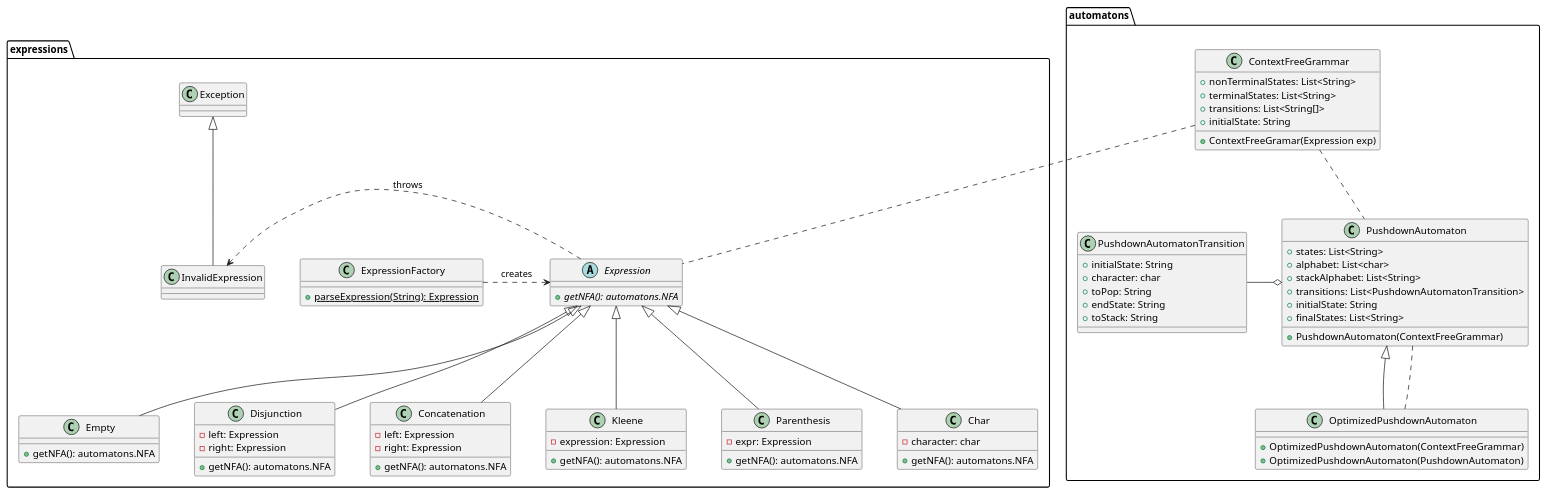
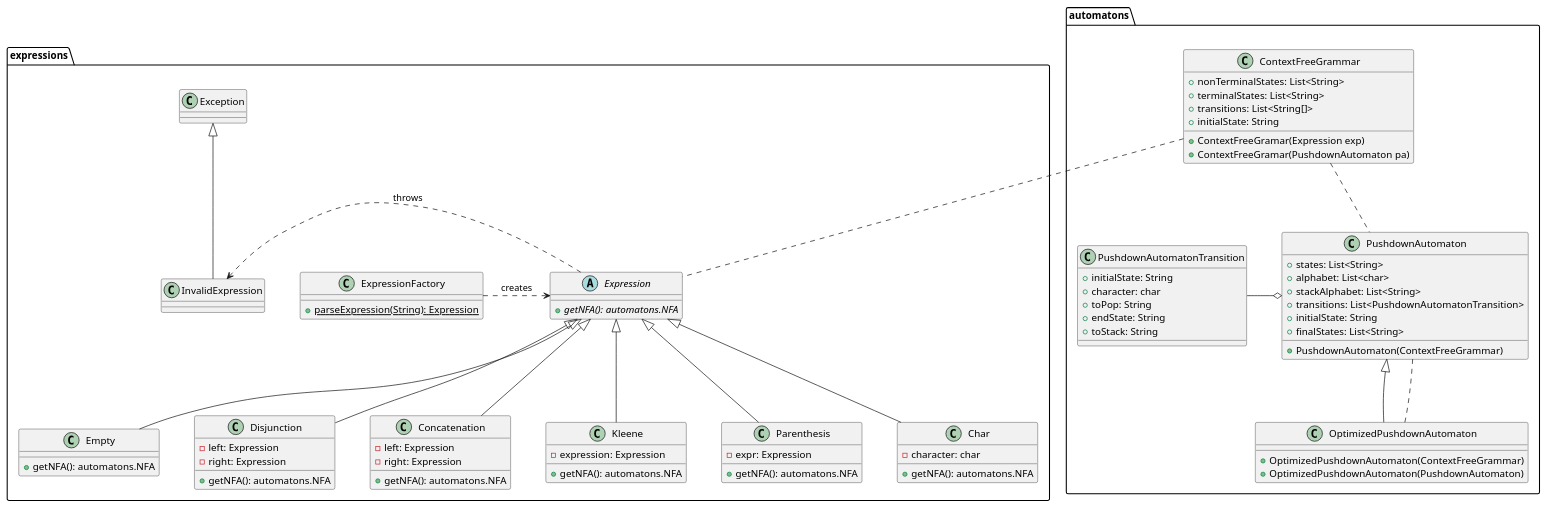
Before and after one commit to TheAssassin13/malf-cfg: the diagram in docs/diagram.puml, drawn with PlantUML. The commit also changed 2 other files, not shown here.

```diff
--- a/docs/diagram.puml
+++ b/docs/diagram.puml
@@ -1,97 +1,98 @@
 @startuml
 
 
 skinparam nodesep 50
 skinparam ranksep 80
 
 package automatons {
     class ContextFreeGrammar {
       +nonTerminalStates: List<String>
       +terminalStates: List<String>
       +transitions: List<String[]>
       +initialState: String
 
-      +ContextFreeGramar(Expression exp)   
+      +ContextFreeGramar(Expression exp)
+      +ContextFreeGramar(PushdownAutomaton pa)
     }
 
     class PushdownAutomatonTransition {
         +initialState: String
         +character: char
         +toPop: String
         +endState: String
         +toStack: String
 }
 
     class PushdownAutomaton {
 +states: List<String>
 +alphabet: List<char>
 +stackAlphabet: List<String>
 +transitions: List<PushdownAutomatonTransition>
 +initialState: String
 +finalStates: List<String>
 
 +PushdownAutomaton(ContextFreeGrammar)
     }
 
 
     class OptimizedPushdownAutomaton extends PushdownAutomaton {
 +OptimizedPushdownAutomaton(ContextFreeGrammar)
 +OptimizedPushdownAutomaton(PushdownAutomaton)
     }
 
 
 }
 
 package expressions {
     abstract class Expression {
         {Abstract} +getNFA(): automatons.NFA
     }
 
     class Char extends Expression {
         - character: char
         +getNFA(): automatons.NFA
     }
 
     class Empty extends Expression {
         +getNFA(): automatons.NFA
     }
 
     class Disjunction extends Expression {
         -left: Expression
         -right: Expression
         +getNFA(): automatons.NFA
     }
 
     class Concatenation extends Expression {
         -left: Expression
         -right: Expression
         +getNFA(): automatons.NFA
     }
 
     class Kleene extends Expression {
         -expression: Expression
         +getNFA(): automatons.NFA
     }
 
     class Parenthesis extends Expression {
         -expr: Expression
         +getNFA(): automatons.NFA
     }
 
     class ExpressionFactory {
         {static} +parseExpression(String): Expression
     }
 
     class InvalidExpression extends Exception {
     }
 }
 
 
 ExpressionFactory .> Expression : creates
 Expression .> InvalidExpression : throws
 ContextFreeGrammar .. PushdownAutomaton
 OptimizedPushdownAutomaton .. PushdownAutomaton
 ContextFreeGrammar .. Expression
 PushdownAutomatonTransition -o PushdownAutomaton
 
 @enduml
```
